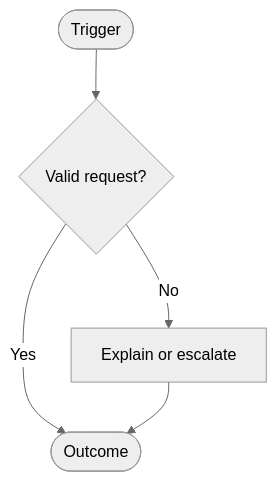
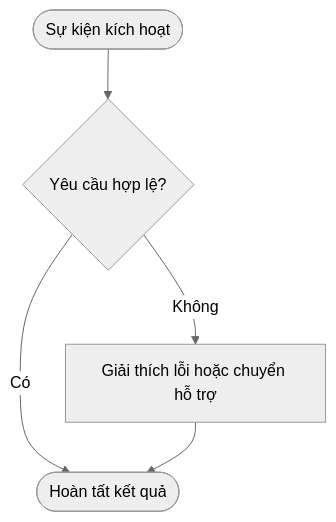
One commit to thinh1995/blueprint-ai changed the first of 4 diagrams in docs/current/08 - Diagram Standards/Diagram Standards.md. Above: the diagram before and after it, drawn with Mermaid (neutral theme). The commit also changed other lines of this file and 63 other files, not shown here.

````diff
--- a/docs/current/08 - Diagram Standards/Diagram Standards.md
+++ b/docs/current/08 - Diagram Standards/Diagram Standards.md
@@ -32,7 +33,7 @@
 ```mermaid
 flowchart TD
-  Start([Trigger]) --> Validate{Valid request?}
-  Validate -->|Yes| Complete([Outcome])
-  Validate -->|No| Recover[Explain or escalate]
+  Start(["Sự kiện kích hoạt"]) --> Validate{"Yêu cầu hợp lệ?"}
+  Validate -->|"Có"| Complete(["Hoàn tất kết quả"])
+  Validate -->|"Không"| Recover["Giải thích lỗi hoặc chuyển hỗ trợ"]
   Recover --> Complete
 ```
````
